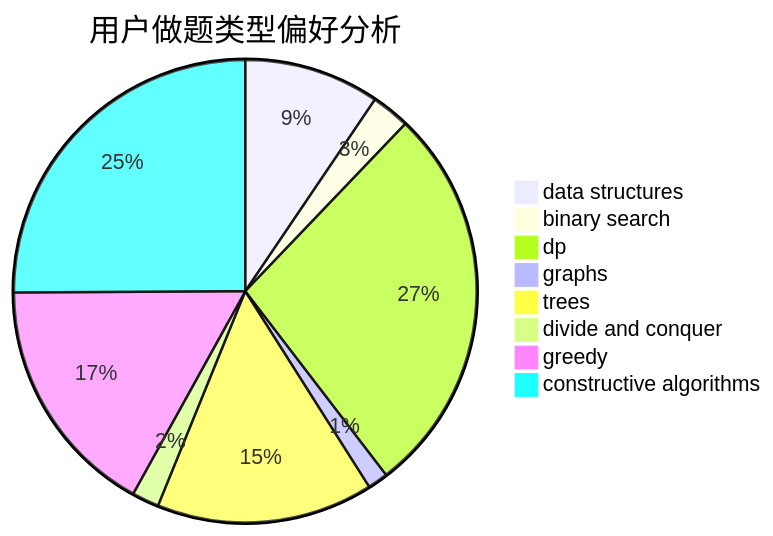
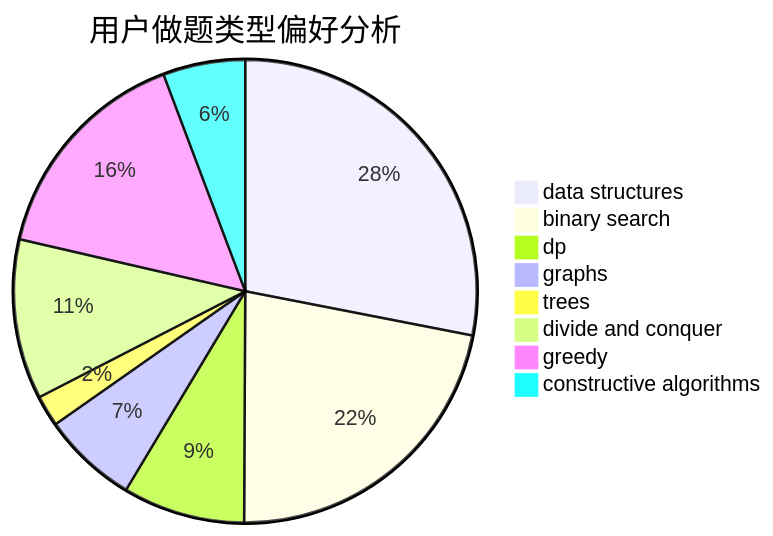
Before and after one commit to sherpahu/cfrs.github.io: the second of 3 diagrams in docs/user/u1119.md, drawn with Mermaid. The commit also changed other lines of this file and 2770 other files, not shown here.

````diff
--- a/docs/user/u1119.md
+++ b/docs/user/u1119.md
@@ -23,11 +23,11 @@
 ```mermaid
 pie title 用户做题类型偏好分析
-    "data structures" :  60
-    "binary search" :  17
-    "dp" :  174
-    "graphs" :  9
-    "trees" :  96
-    "divide and conquer" :  12
-    "greedy" :  107
-    "constructive algorithms" :  159
+    "data structures" :  181
+    "binary search" :  142
+    "dp" :  55
+    "graphs" :  43
+    "trees" :  14
+    "divide and conquer" :  72
+    "greedy" :  101
+    "constructive algorithms" :  37
 ```
````
